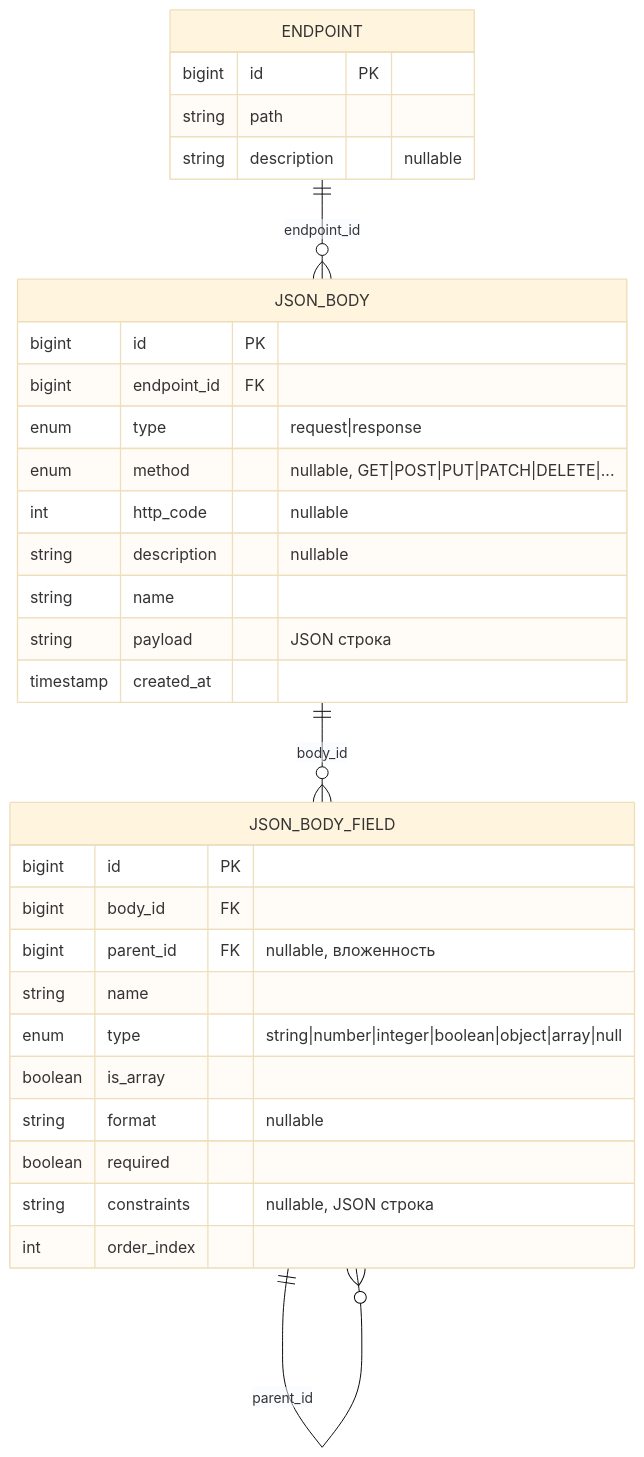
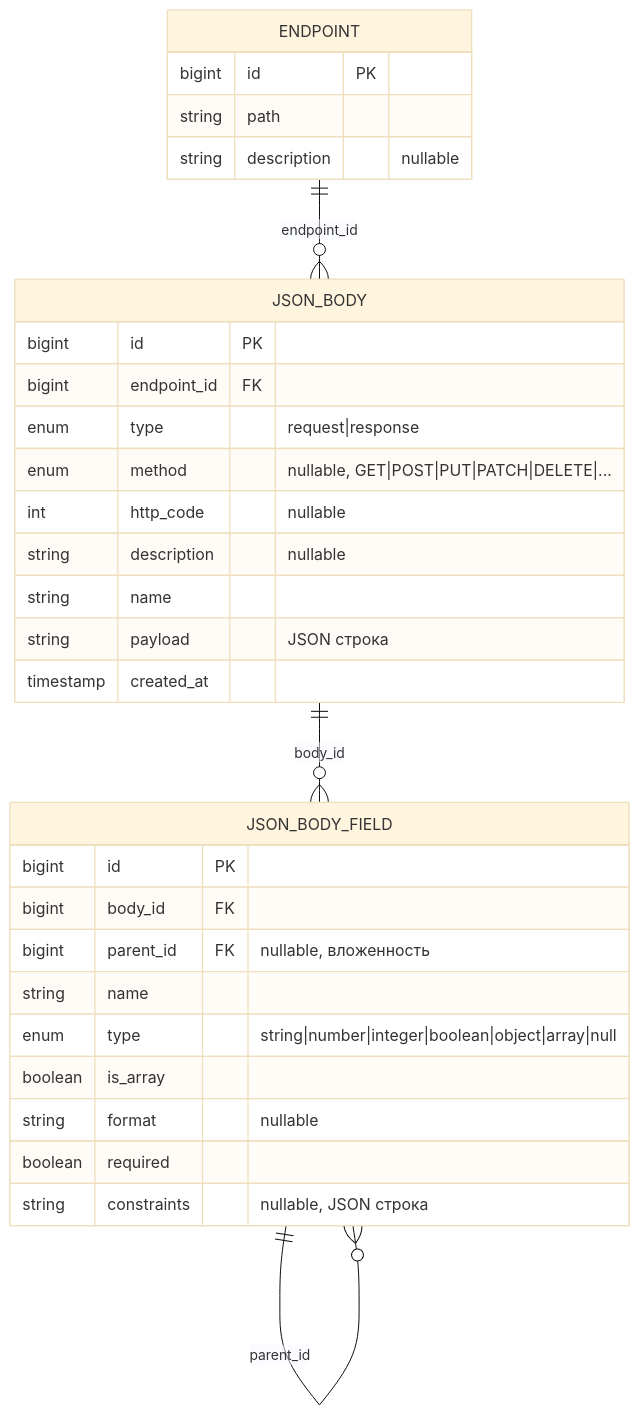
One commit to p6tso/p6tso.github.io changed the diagram in smokerest/db/db_schema.md. Above: the diagram before and after it, drawn with Mermaid (base theme).

Commit message:
диплом1 база данных упрощаем2

````diff
--- a/smokerest/db/db_schema.md
+++ b/smokerest/db/db_schema.md
@@ -1,38 +1,37 @@
 ```mermaid
 erDiagram
     JSON_BODY ||--o{ JSON_BODY_FIELD : "body_id"
     JSON_BODY_FIELD ||--o{ JSON_BODY_FIELD : "parent_id"
 
     ENDPOINT ||--o{ JSON_BODY : "endpoint_id"
 
     JSON_BODY {
         bigint id PK
         bigint endpoint_id FK
         enum type "request|response"
         enum method "nullable, GET|POST|PUT|PATCH|DELETE|..."
         int http_code "nullable"
         string description "nullable"
         string name
         string payload "JSON строка"
         timestamp created_at
     }
 
     JSON_BODY_FIELD {
         bigint id PK
         bigint body_id FK
         bigint parent_id FK "nullable, вложенность"
         string name
         enum type "string|number|integer|boolean|object|array|null"
         boolean is_array
         string format "nullable"
         boolean required
         string constraints "nullable, JSON строка"
-        int order_index
     }
 
     ENDPOINT {
         bigint id PK
         string path
         string description "nullable"
     }
 ```
````
